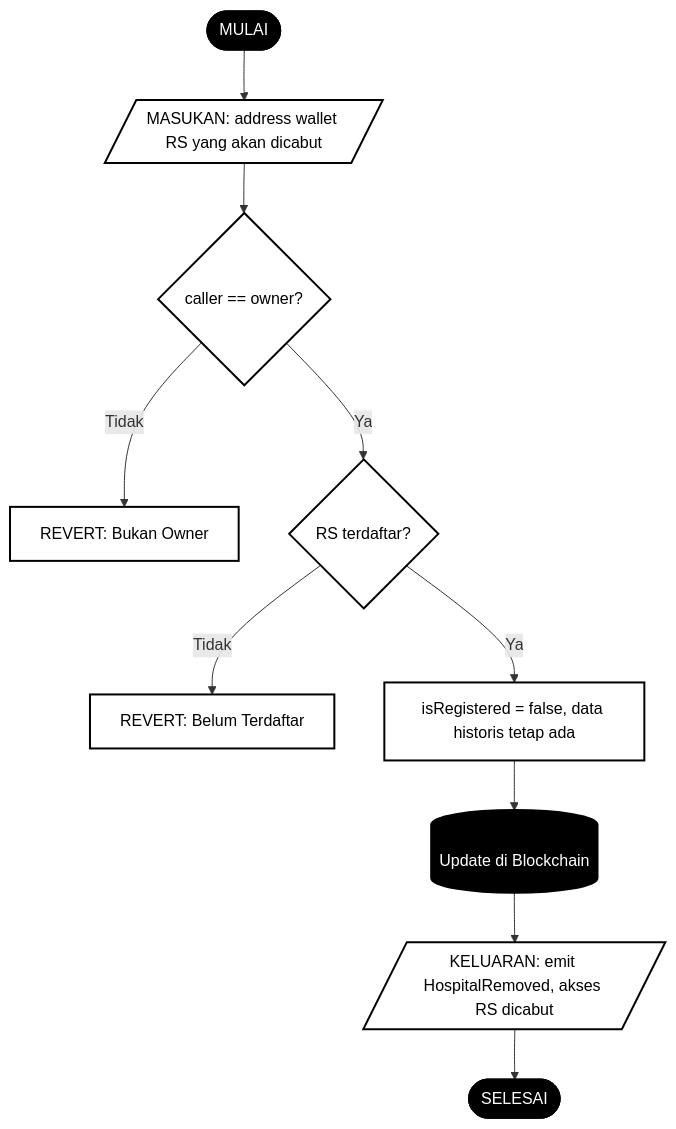
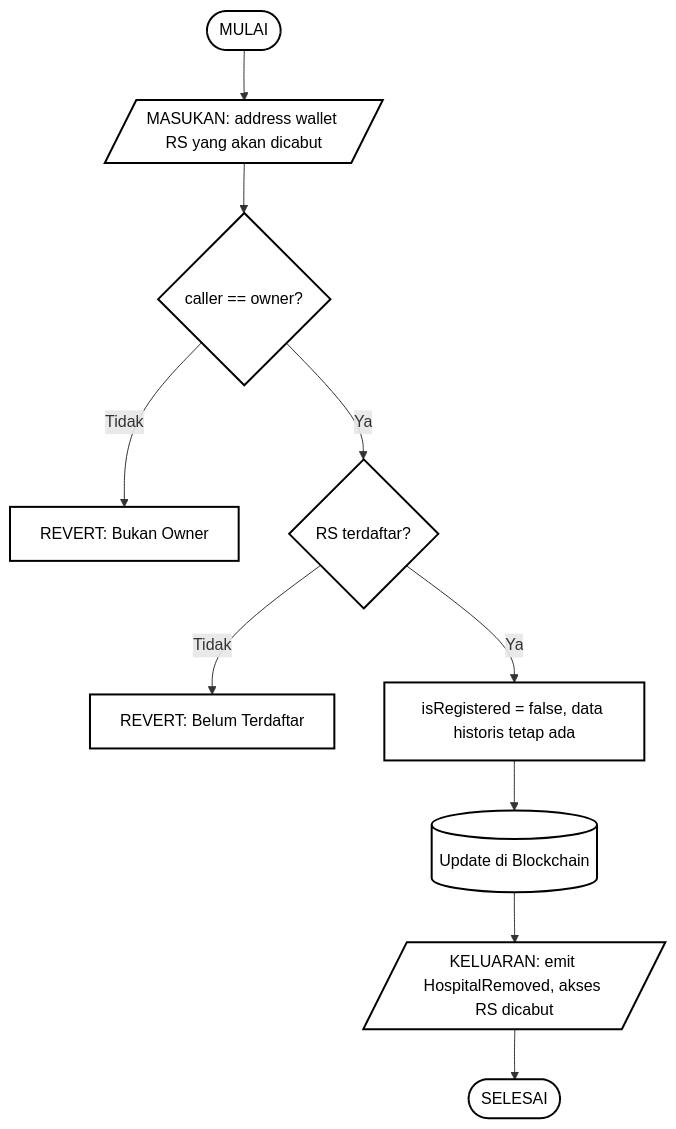
The third of 7 diagrams in readme/capstone_blockchain.md (abuab234/Status-Ketersediaan-Kamar-RS), drawn with Mermaid before and after one commit. The commit also changed other lines of this file, not shown here.

````diff
--- a/readme/capstone_blockchain.md
+++ b/readme/capstone_blockchain.md
@@ -198,23 +198,23 @@
 ```mermaid
 flowchart TD
     R1([MULAI]) --> R2[/"MASUKAN: address wallet RS yang akan dicabut"/]
     R2 --> R3{"caller == owner?"}
     R3 -->|"Tidak"| RR1["REVERT: Bukan Owner"]
     R3 -->|"Ya"| R4{"RS terdaftar?"}
     R4 -->|"Tidak"| RR2["REVERT: Belum Terdaftar"]
     R4 -->|"Ya"| R5["isRegistered = false, data historis tetap ada"]
     R5 --> RDB[("Update di Blockchain")]
     RDB --> R6[/"KELUARAN: emit HospitalRemoved, akses RS dicabut"/]
     R6 --> R7([SELESAI])
 
-    style R1 fill:#000,color:#fff,stroke:#000
-    style R7 fill:#000,color:#fff,stroke:#000
-    style RR1 fill:#fff,color:#000,stroke:#000,stroke-width:2px
-    style RR2 fill:#fff,color:#000,stroke:#000,stroke-width:2px
-    style R3 fill:#fff,color:#000,stroke:#000,stroke-width:2px
-    style R4 fill:#fff,color:#000,stroke:#000,stroke-width:2px
-    style R5 fill:#fff,color:#000,stroke:#000,stroke-width:2px
-    style R2 fill:#fff,color:#000,stroke:#000,stroke-width:2px
-    style R6 fill:#fff,color:#000,stroke:#000,stroke-width:2px
-    style RDB fill:#000,color:#fff,stroke:#000,stroke-width:3px
+    style R1 fill:none,color:#000,stroke:#000,stroke-width:2px
+    style R7 fill:none,color:#000,stroke:#000,stroke-width:2px
+    style RR1 fill:none,color:#000,stroke:#000,stroke-width:2px
+    style RR2 fill:none,color:#000,stroke:#000,stroke-width:2px
+    style R3 fill:none,color:#000,stroke:#000,stroke-width:2px
+    style R4 fill:none,color:#000,stroke:#000,stroke-width:2px
+    style R5 fill:none,color:#000,stroke:#000,stroke-width:2px
+    style R2 fill:none,color:#000,stroke:#000,stroke-width:2px
+    style R6 fill:none,color:#000,stroke:#000,stroke-width:2px
+    style RDB fill:none,color:#000,stroke:#000,stroke-width:2px
 ```
````
